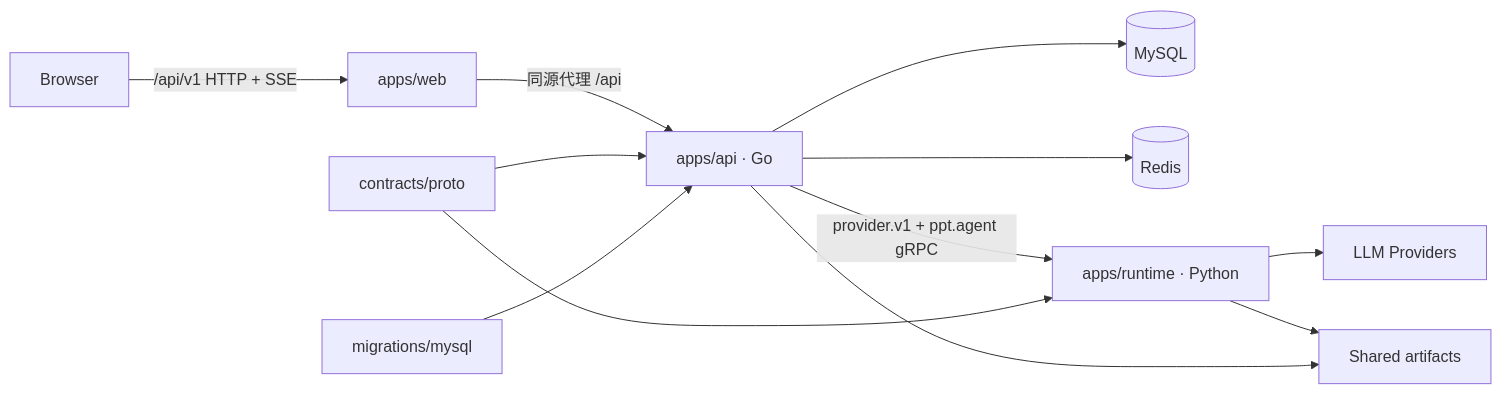
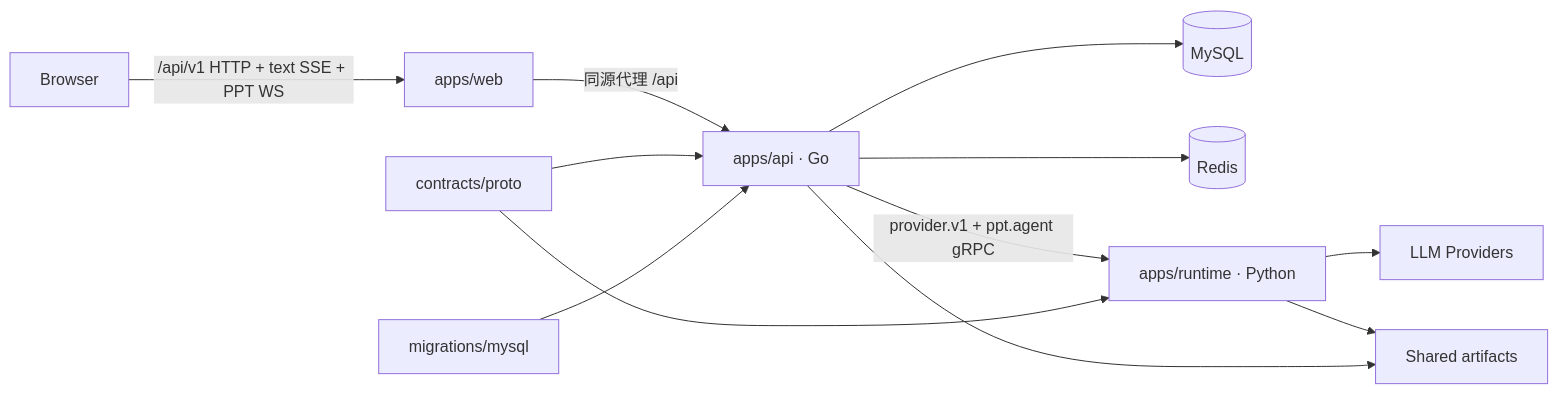
Before and after one commit to Cuifangxiao/agent_task_platform: the diagram in README.md, drawn with Mermaid. The commit also changed other lines of this file and 84 other files, not shown here.

````diff
--- a/README.md
+++ b/README.md
@@ -19,14 +19,14 @@
 ```mermaid
 flowchart LR
-    B["Browser"] -->|"/api/v1 HTTP + SSE"| W["apps/web"]
+    B["Browser"] -->|"/api/v1 HTTP + text SSE + PPT WS"| W["apps/web"]
     W -->|"同源代理 /api"| A["apps/api · Go"]
     A --> M[("MySQL")]
     A --> R[("Redis")]
     A -->|"provider.v1 + ppt.agent gRPC"| P["apps/runtime · Python"]
     P --> L["LLM Providers"]
     P --> F["Shared artifacts"]
     A --> F
     C["contracts/proto"] --> A
     C --> P
     G["migrations/mysql"] --> A
 ```
````
